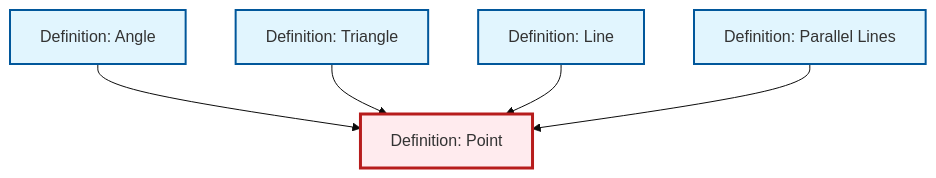
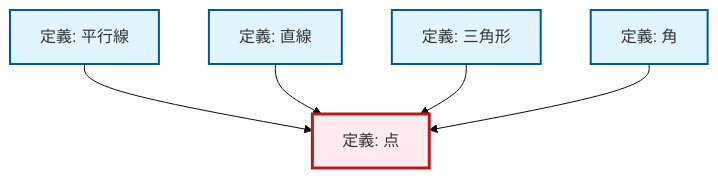
The diagram in content/ja/geometry/def-point.qmd (RK0429/ModernMath), drawn with Mermaid (base theme) before and after one commit. The commit also changed 1069 other files, not shown here.

````diff
--- a/content/ja/geometry/def-point.qmd
+++ b/content/ja/geometry/def-point.qmd
@@ -40,23 +40,23 @@
 ```{mermaid}
 %%| fig-cap: "Local dependency graph"
 graph TD
     classDef definition fill:#e1f5fe,stroke:#01579b,stroke-width:2px
     classDef theorem fill:#f3e5f5,stroke:#4a148c,stroke-width:2px
     classDef axiom fill:#fff3e0,stroke:#e65100,stroke-width:2px
     classDef example fill:#e8f5e9,stroke:#1b5e20,stroke-width:2px
     classDef current fill:#ffebee,stroke:#b71c1c,stroke-width:3px
-    def-line["Definition: Line"]:::definition
-    def-parallel["Definition: Parallel Lines"]:::definition
-    def-point["Definition: Point"]:::definition
-    def-triangle["Definition: Triangle"]:::definition
-    def-angle["Definition: Angle"]:::definition
+    def-line["定義: 直線"]:::definition
+    def-triangle["定義: 三角形"]:::definition
+    def-parallel["定義: 平行線"]:::definition
+    def-point["定義: 点"]:::definition
+    def-angle["定義: 角"]:::definition
+    def-parallel --> def-point
+    def-line --> def-point
+    def-triangle --> def-point
     def-angle --> def-point
-    def-triangle --> def-point
-    def-line --> def-point
-    def-parallel --> def-point
     class def-point current
-    click def-line "def-line.html" "Definition: Lineへ"
-    click def-parallel "def-parallel.html" "Definition: Parallel Linesへ"
-    click def-triangle "def-triangle.html" "Definition: Triangleへ"
-    click def-angle "def-angle.html" "Definition: Angleへ"
+    click def-line "def-line.html" "直線の定義へ"
+    click def-triangle "def-triangle.html" "三角形の定義へ"
+    click def-parallel "def-parallel.html" "平行線の定義へ"
+    click def-angle "def-angle.html" "角の定義へ"
 ```
````
